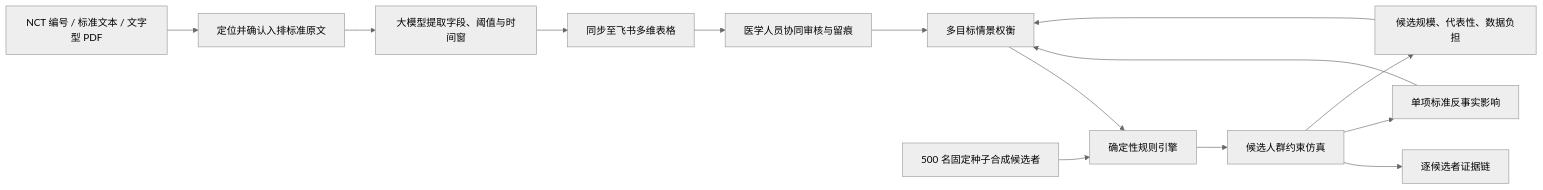
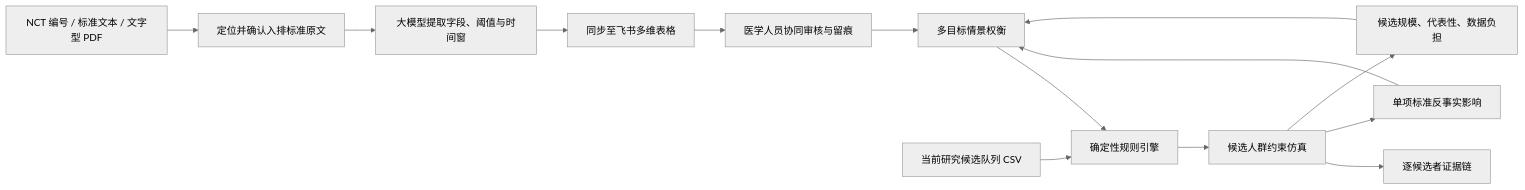
Before and after one commit to liziyaaa/TrialScopeAI: the diagram in README.md, drawn with Mermaid (neutral theme). The commit also changed other lines of this file and 5 other files, not shown here.

````diff
--- a/README.md
+++ b/README.md
@@ -29,16 +29,16 @@
 ```mermaid
 flowchart LR
     A["NCT 编号 / 标准文本 / 文字型 PDF"] --> B["定位并确认入排标准原文"]
     B --> C["大模型提取字段、阈值与时间窗"]
     C --> D["同步至飞书多维表格"]
     D --> E["医学人员协同审核与留痕"]
     E --> K["读取差异并人工确认"]
     K --> L["确定性规则引擎"]
-    F["500 名固定种子合成候选者"] --> L
+    F["当前研究候选队列 CSV"] --> L
     L --> G["候选人群约束仿真"]
     G --> H["逐候选者证据链"]
     G --> I["单项标准反事实影响"]
     G --> J["候选规模、代表性、数据负担"]
     I --> K["多目标情景权衡"]
     J --> K
 ```
````
